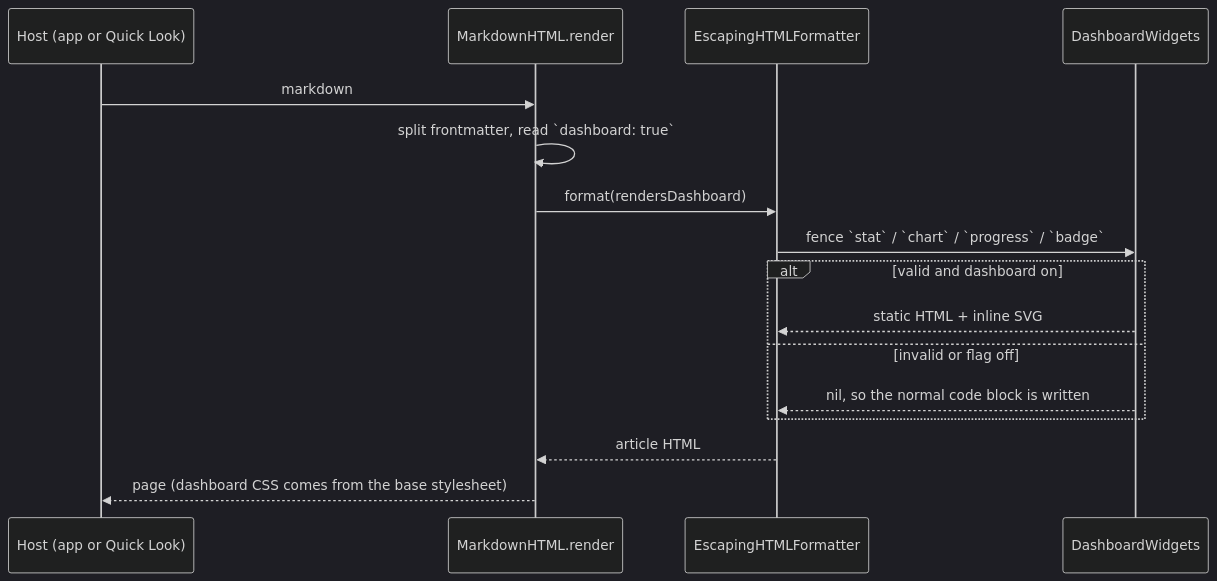
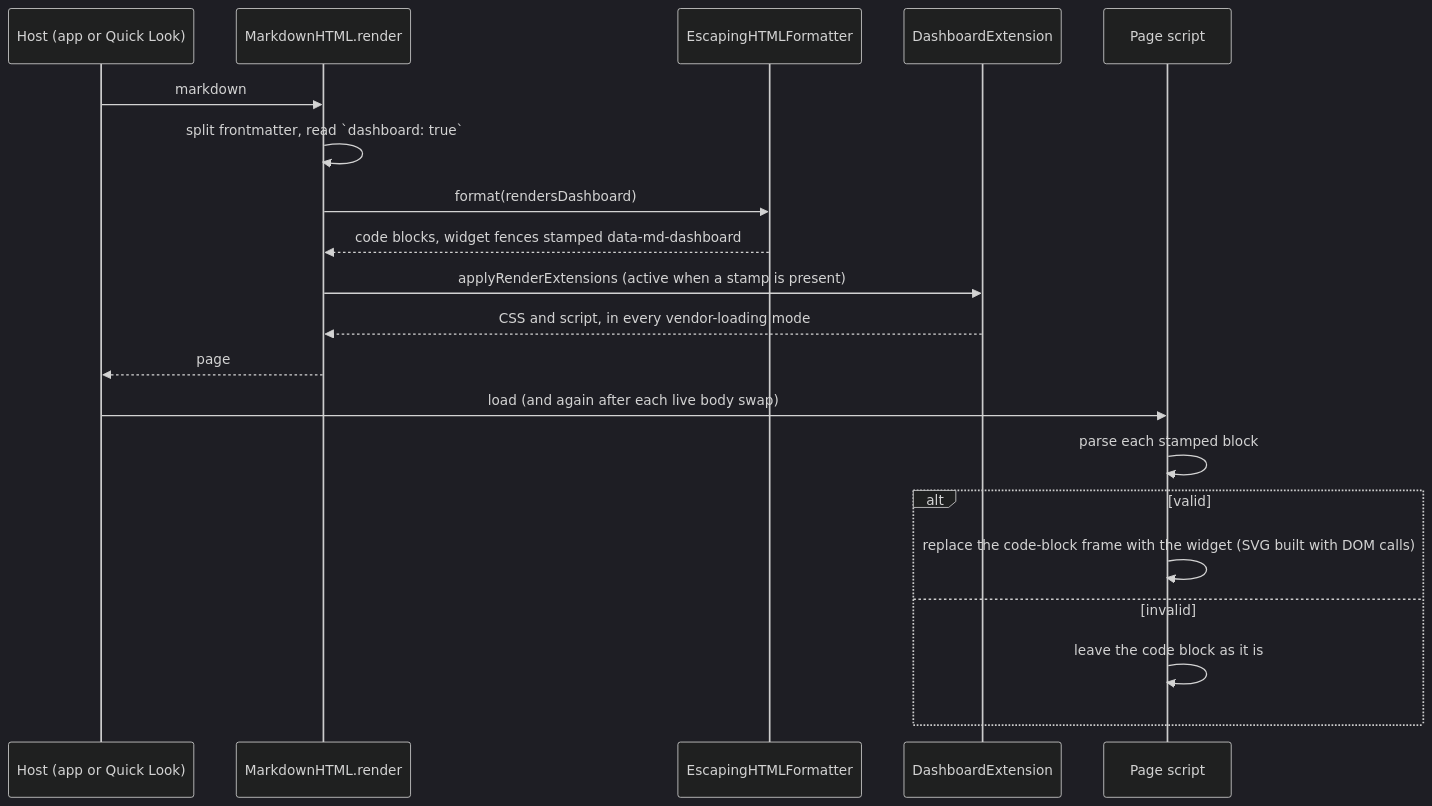
The third of 4 diagrams in docs/features/markdown-dashboard.md (bluzky/daisy-app), drawn with Mermaid (dark theme) before and after one commit. The commit also changed other lines of this file and 18 other files, not shown here.

First line of the commit message:
Render Markdown as a dashboard

````diff
--- a/docs/features/markdown-dashboard.md
+++ b/docs/features/markdown-dashboard.md
@@ -121,18 +135,22 @@
 ```mermaid
 sequenceDiagram
     participant H as Host (app or Quick Look)
     participant R as MarkdownHTML.render
     participant F as EscapingHTMLFormatter
-    participant W as DashboardWidgets
+    participant X as DashboardExtension
+    participant P as Page script
     H->>R: markdown
     R->>R: split frontmatter, read `dashboard: true`
     R->>F: format(rendersDashboard)
-    F->>W: fence `stat` / `chart` / `progress` / `badge`
-    alt valid and dashboard on
-        W-->>F: static HTML + inline SVG
-    else invalid or flag off
-        W-->>F: nil, so the normal code block is written
+    F-->>R: code blocks, widget fences stamped data-md-dashboard
+    R->>X: applyRenderExtensions (active when a stamp is present)
+    X-->>R: CSS and script, in every vendor-loading mode
+    R-->>H: page
+    H->>P: load (and again after each live body swap)
+    P->>P: parse each stamped block
+    alt valid
+        P->>P: replace the code-block frame with the widget (SVG built with DOM calls)
+    else invalid
+        P->>P: leave the code block as it is
     end
-    F-->>R: article HTML
-    R-->>H: page (dashboard CSS comes from the base stylesheet)
 ```
````
